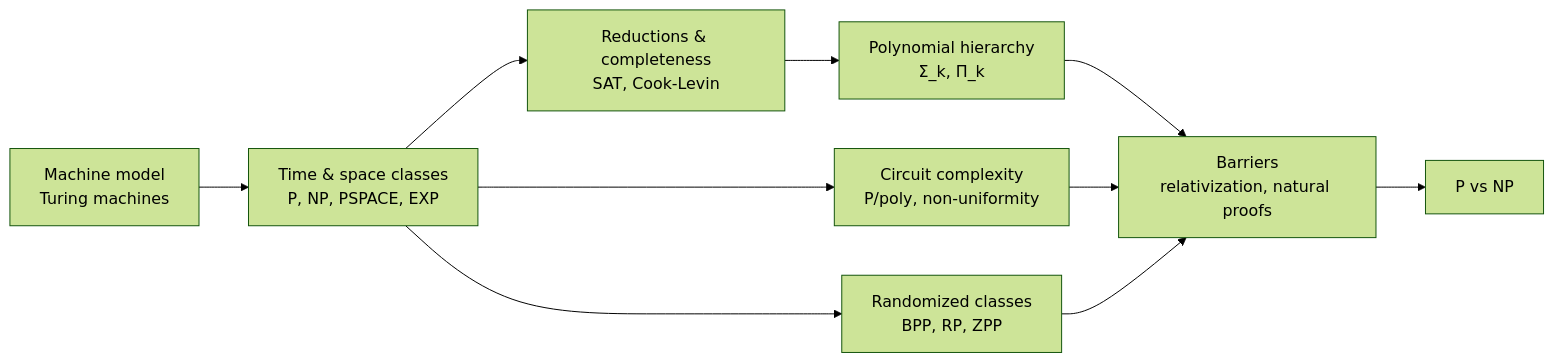
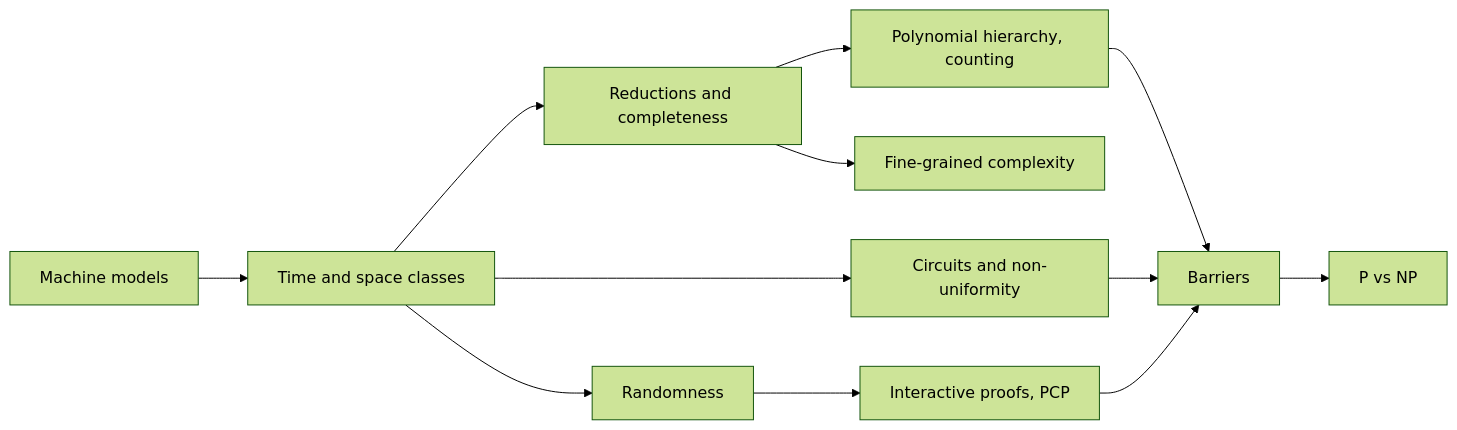
The first of 5 diagrams in github-pages/docs/advanced/complexity-theory.md (AndrewAltimit/Documentation), drawn with Mermaid (forest theme) before and after one commit. The commit also changed other lines of this file and 240 other files, not shown here.

````diff
--- a/github-pages/docs/advanced/complexity-theory.md
+++ b/github-pages/docs/advanced/complexity-theory.md
@@ -28,12 +40,14 @@
 ```mermaid
 flowchart LR
-    TM["Machine model<br/>Turing machines"] --> TS["Time &amp; space classes<br/>P, NP, PSPACE, EXP"]
-    TS --> RC["Reductions &amp; completeness<br/>SAT, Cook-Levin"]
-    RC --> PH["Polynomial hierarchy<br/>&Sigma;_k, &Pi;_k"]
-    TS --> CC["Circuit complexity<br/>P/poly, non-uniformity"]
-    TS --> BPP["Randomized classes<br/>BPP, RP, ZPP"]
-    PH --> B["Barriers<br/>relativization, natural proofs"]
+    TM["Machine models"] --> TS["Time and space classes"]
+    TS --> RC["Reductions and completeness"]
+    RC --> PH["Polynomial hierarchy, counting"]
+    TS --> CC["Circuits and non-uniformity"]
+    TS --> RND["Randomness"]
+    RND --> IP["Interactive proofs, PCP"]
+    RC --> FG["Fine-grained complexity"]
+    PH --> B["Barriers"]
     CC --> B
-    BPP --> B
-    B --> PvNP["P vs NP"]
+    IP --> B
+    B --> PNP["P vs NP"]
 ```
````
